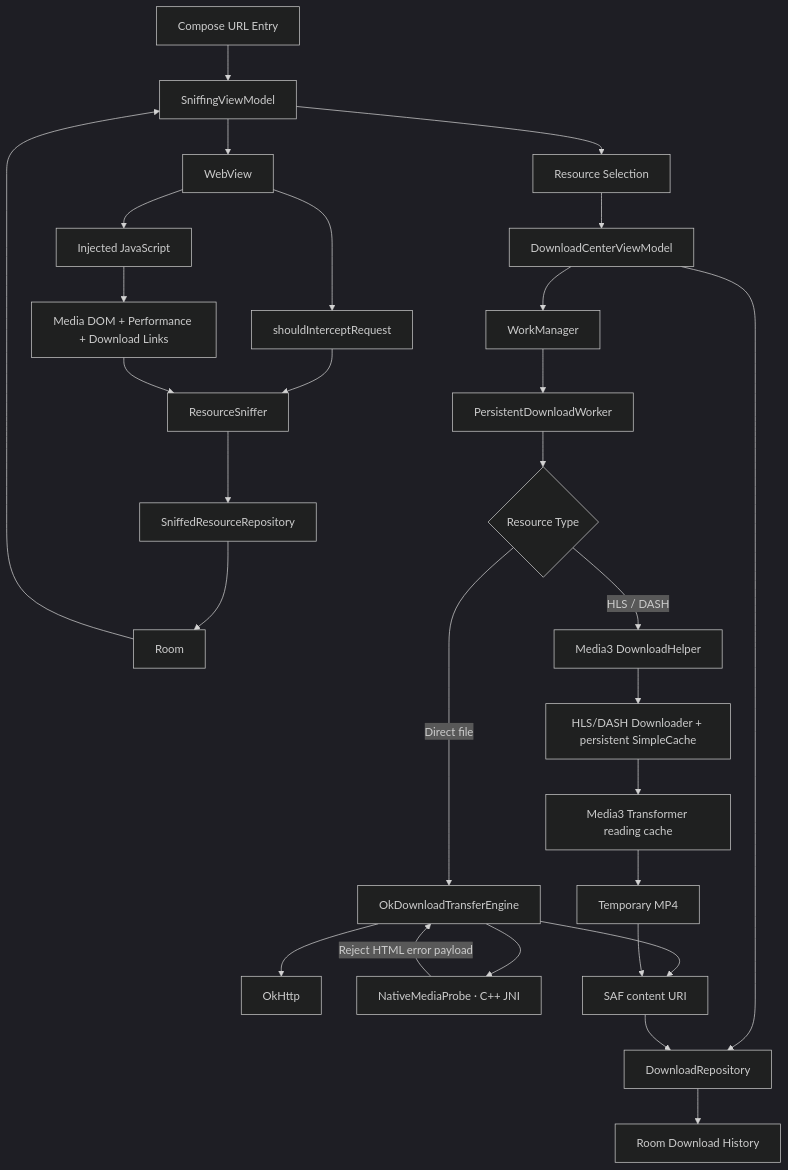
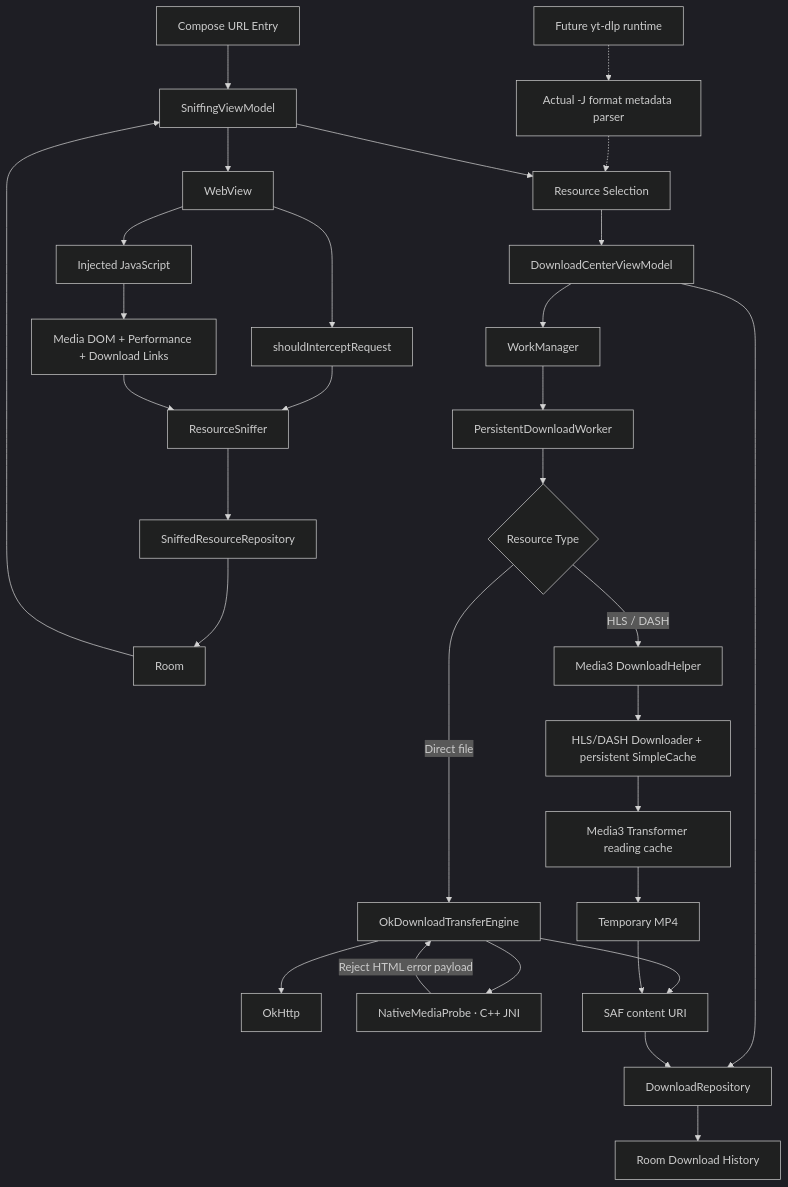
Before and after one commit to sxsbsxs/file-sniffing: the diagram in ARCHITECTURE.md, drawn with Mermaid (dark theme). The commit also changed other lines of this file and 6 other files, not shown here.

Commit message:
feat(extractor): add yt-dlp format metadata parser and research

````diff
--- a/ARCHITECTURE.md
+++ b/ARCHITECTURE.md
@@ -5,33 +5,35 @@
 ```mermaid
 flowchart TD
     A[Compose URL Entry] --> B[SniffingViewModel]
+    X[Future yt-dlp runtime] -.-> X1[Actual -J format metadata parser]
+    X1 -.-> I
     B --> C[WebView]
     C --> D[shouldInterceptRequest]
     C --> E[Injected JavaScript]
     D --> F[ResourceSniffer]
     E --> E1[Media DOM + Performance + Download Links]
     E1 --> F
     F --> G[SniffedResourceRepository]
     G --> H[Room]
     H --> B
 
     B --> I[Resource Selection]
     I --> J[DownloadCenterViewModel]
     J --> K[DownloadRepository]
     K --> L[Room Download History]
     J --> M[WorkManager]
 
     M --> N[PersistentDownloadWorker]
     N --> O{Resource Type}
     O -->|Direct file| P[OkDownloadTransferEngine]
     P --> Q[OkHttp]
     P --> V[NativeMediaProbe · C++ JNI]
     V -->|Reject HTML error payload| P
     O -->|HLS / DASH| R[Media3 DownloadHelper]
     R --> R1[HLS/DASH Downloader + persistent SimpleCache]
     R1 --> S[Media3 Transformer reading cache]
     S --> T[Temporary MP4]
     P --> U[SAF content URI]
     T --> U
     U --> K
 ```
````
